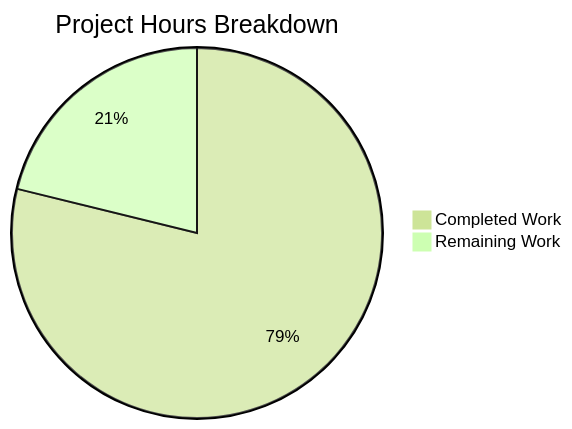
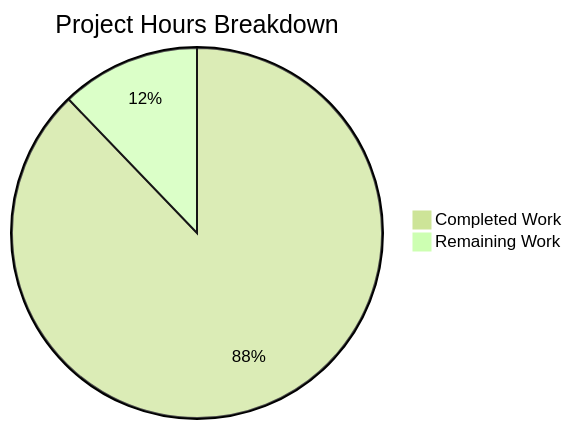
The diagram in blitzy/documentation/Project Guide.md (blitzy-public-samples/blitzy-WebVella-ERP), drawn with Mermaid (forest theme) before and after one commit. The commit also changed other lines of this file, not shown here.

Commit message:
Adding Blitzy Project Guide: Project Status and Human Tasks Remaining

````diff
--- a/blitzy/documentation/Project Guide.md
+++ b/blitzy/documentation/Project Guide.md
@@ -52,5 +22,5 @@
 ```mermaid
 pie title Project Hours Breakdown
-    "Completed Work" : 216
-    "Remaining Work" : 58
+    "Completed Work" : 202
+    "Remaining Work" : 28
 ```
````
